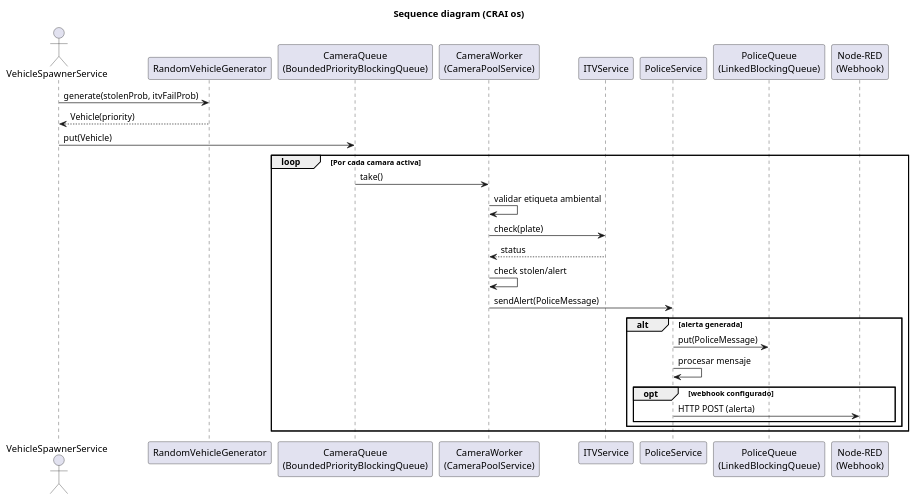
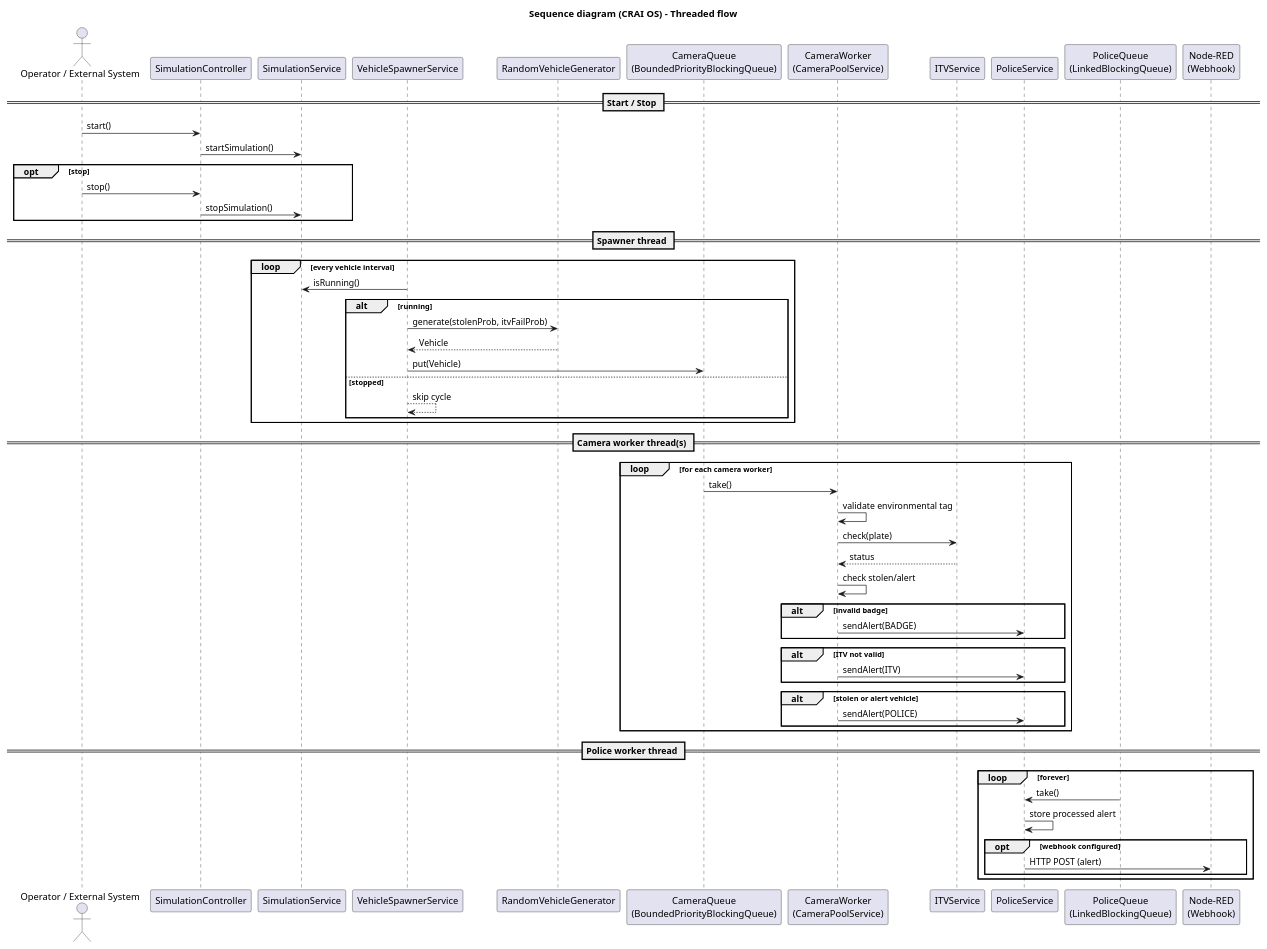
One commit to IbaiZJ/CRAI changed the diagram in os/docs/sequence.puml. Above: the diagram before and after it, drawn with PlantUML.

Commit message:
refactor: update sequence diagram for CRAI OS; enhance clarity and structure of threads and interactions

```diff
--- a/os/docs/sequence.puml
+++ b/os/docs/sequence.puml
@@ -1,30 +1,67 @@
 @startuml Sequence
-title Sequence diagram (CRAI os)
-actor "VehicleSpawnerService" as Spawner
+title Sequence diagram (CRAI OS) - Threaded flow
+
+actor "Operator / External System" as Operator
+participant "SimulationController" as SimController
+participant "SimulationService" as SimService
+participant "VehicleSpawnerService" as Spawner
 participant "RandomVehicleGenerator" as Generator
-participant "CameraQueue\n(BoundedPriorityBlockingQueue)" as Queue
+participant "CameraQueue\n(BoundedPriorityBlockingQueue)" as CameraQueue
 participant "CameraWorker\n(CameraPoolService)" as Camera
 participant "ITVService" as ITV
 participant "PoliceService" as Police
 participant "PoliceQueue\n(LinkedBlockingQueue)" as PoliceQueue
 participant "Node-RED\n(Webhook)" as NodeRed
 
-Spawner -> Generator : generate(stolenProb, itvFailProb)
-Generator --> Spawner : Vehicle(priority)
-Spawner -> Queue : put(Vehicle)
-loop Por cada camara activa
-  Queue -> Camera : take()
-  Camera -> Camera : validar etiqueta ambiental
+== Start / Stop ==
+Operator -> SimController : start()
+SimController -> SimService : startSimulation()
+
+opt stop
+  Operator -> SimController : stop()
+  SimController -> SimService : stopSimulation()
+end
+
+== Spawner thread ==
+loop every vehicle interval
+  Spawner -> SimService : isRunning()
+  alt running
+    Spawner -> Generator : generate(stolenProb, itvFailProb)
+    Generator --> Spawner : Vehicle
+    Spawner -> CameraQueue : put(Vehicle)
+  else stopped
+    Spawner --> Spawner : skip cycle
+  end
+end
+
+== Camera worker thread(s) ==
+loop for each camera worker
+  CameraQueue -> Camera : take()
+  Camera -> Camera : validate environmental tag
   Camera -> ITV : check(plate)
   ITV --> Camera : status
   Camera -> Camera : check stolen/alert
-  Camera -> Police : sendAlert(PoliceMessage)
-  alt alerta generada
-    Police -> PoliceQueue : put(PoliceMessage)
-    Police -> Police : procesar mensaje
-    opt webhook configurado
-      Police -> NodeRed : HTTP POST (alerta)
-    end
+
+  alt invalid badge
+    Camera -> Police : sendAlert(BADGE)
+  end
+
+  alt ITV not valid
+    Camera -> Police : sendAlert(ITV)
+  end
+
+  alt stolen or alert vehicle
+    Camera -> Police : sendAlert(POLICE)
   end
 end
+
+== Police worker thread ==
+loop forever
+  PoliceQueue -> Police : take()
+  Police -> Police : store processed alert
+  opt webhook configured
+    Police -> NodeRed : HTTP POST (alert)
+  end
+end
+
 @enduml
```
